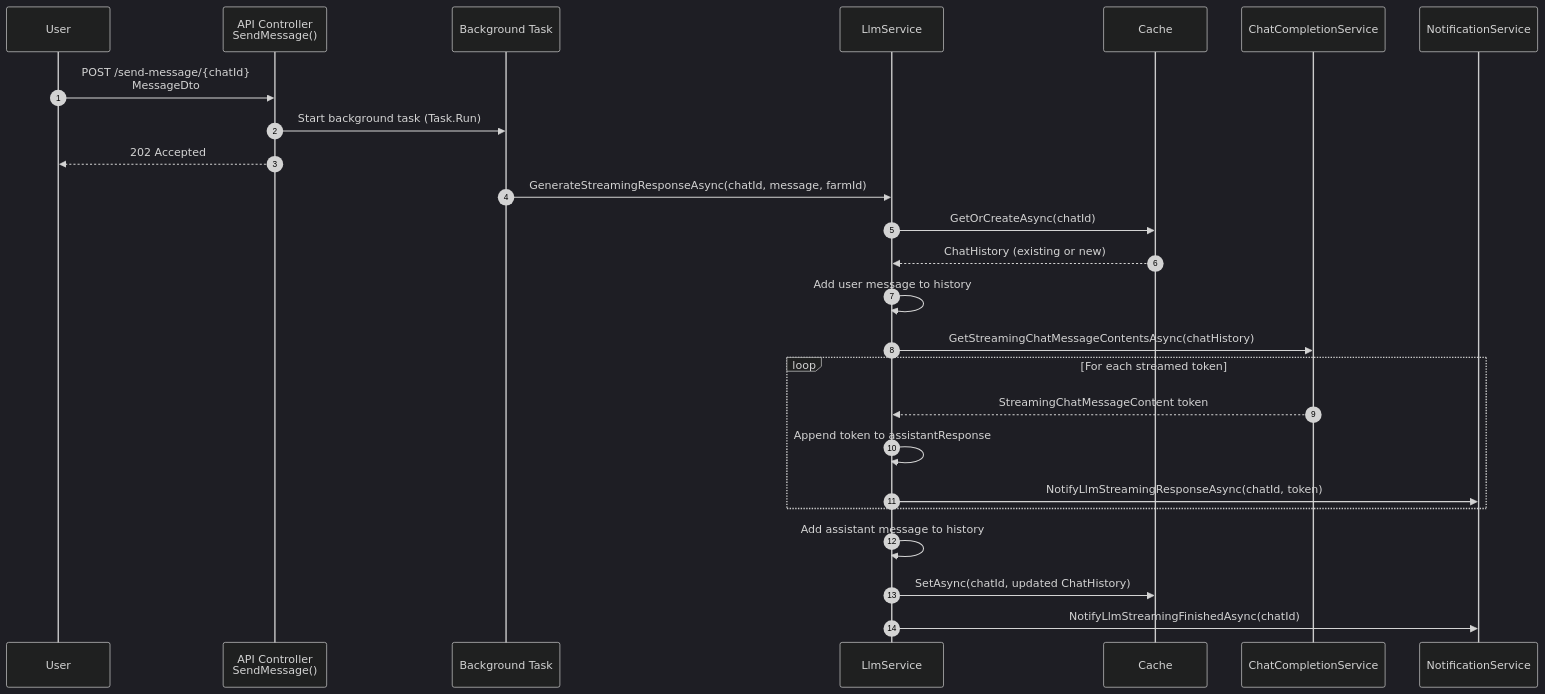
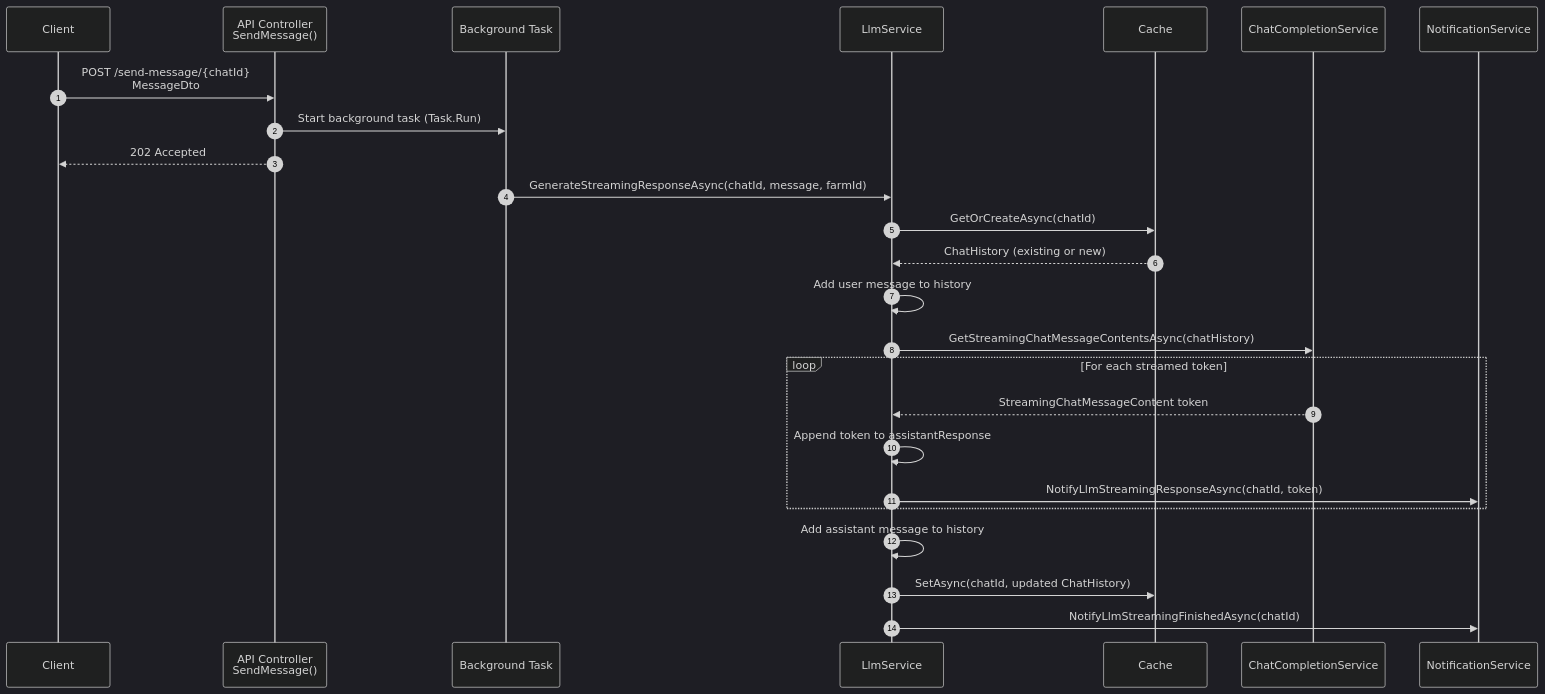
The second of 9 diagrams in README.md (paavkar/AgricultureApp), drawn with Mermaid (dark theme) before and after one commit. The commit also changed other lines of this file and 1 other file, not shown here.

Commit message:
update README with Mermaid sequence diagrams for FarmController actions

````diff
--- a/README.md
+++ b/README.md
@@ -90,36 +101,36 @@
 ```mermaid
 sequenceDiagram
     autonumber
 
-    participant U as User
+    participant U as Client
     participant API as API Controller<br/>SendMessage()
     participant BG as Background Task
     participant LLM as LlmService
     participant Cache as Cache
     participant Chat as ChatCompletionService
     participant Sig as NotificationService
 
     U->>API: POST /send-message/{chatId}<br/>MessageDto
     API->>BG: Start background task (Task.Run)
     API-->>U: 202 Accepted
 
     BG->>LLM: GenerateStreamingResponseAsync(chatId, message, farmId)
 
     LLM->>Cache: GetOrCreateAsync(chatId)
     Cache-->>LLM: ChatHistory (existing or new)
 
     LLM->>LLM: Add user message to history
 
     LLM->>Chat: GetStreamingChatMessageContentsAsync(chatHistory)
     loop For each streamed token
         Chat-->>LLM: StreamingChatMessageContent token
         LLM->>LLM: Append token to assistantResponse
         LLM->>Sig: NotifyLlmStreamingResponseAsync(chatId, token)
     end
 
     LLM->>LLM: Add assistant message to history
 
     LLM->>Cache: SetAsync(chatId, updated ChatHistory)
 
     LLM->>Sig: NotifyLlmStreamingFinishedAsync(chatId)
 ```
````
